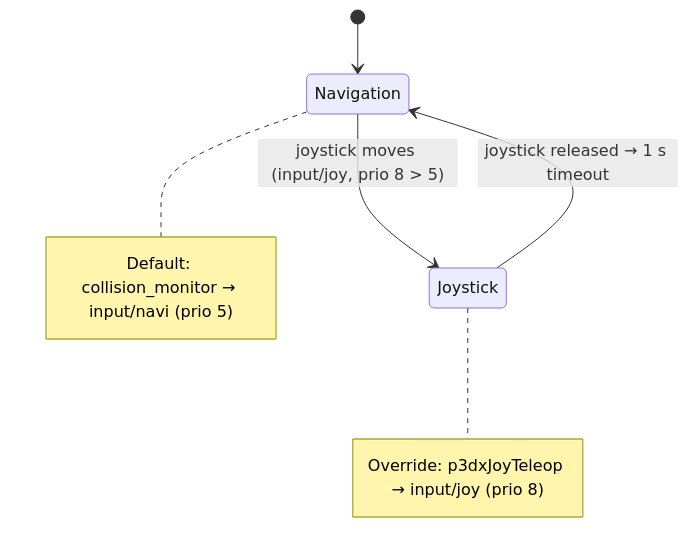
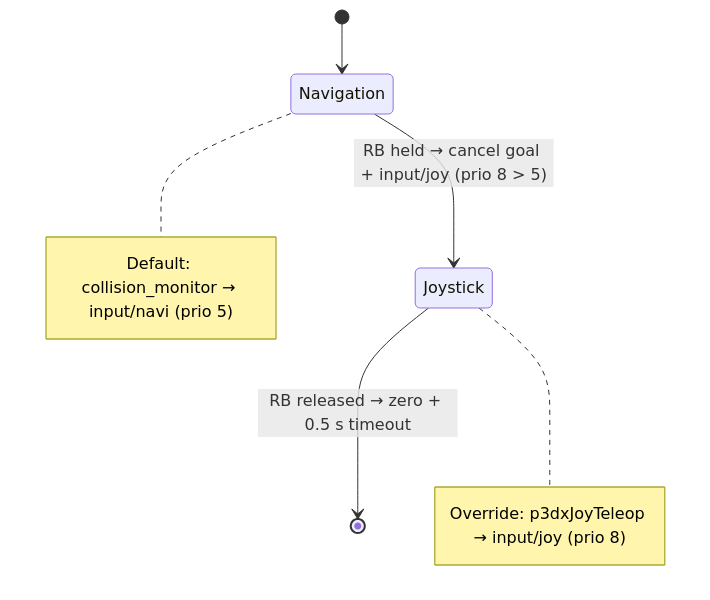
One commit to cmu-impactlab/patrolbot changed the fourth of 5 diagrams in docs/internals/state-machines.md. Above: the diagram before and after it, drawn with Mermaid. The commit also changed other lines of this file and 7 other files, not shown here.

First line of the commit message:
Refresh architecture and ROS reference documentation

````diff
--- a/docs/internals/state-machines.md
+++ b/docs/internals/state-machines.md
@@ -77,12 +77,12 @@
 ```mermaid
 stateDiagram-v2
     [*] --> Navigation
-    Navigation --> Joystick: joystick moves (input/joy, prio 8 > 5)
-    Joystick --> Navigation: joystick released → 1 s timeout
+    Navigation --> Joystick: RB held → cancel goal + input/joy (prio 8 > 5)
+    Joystick --> [*]: RB released → zero + 0.5 s timeout
     note right of Navigation
         Default: collision_monitor → input/navi (prio 5)
     end note
     note right of Joystick
         Override: p3dxJoyTeleop → input/joy (prio 8)
     end note
 ```
````
